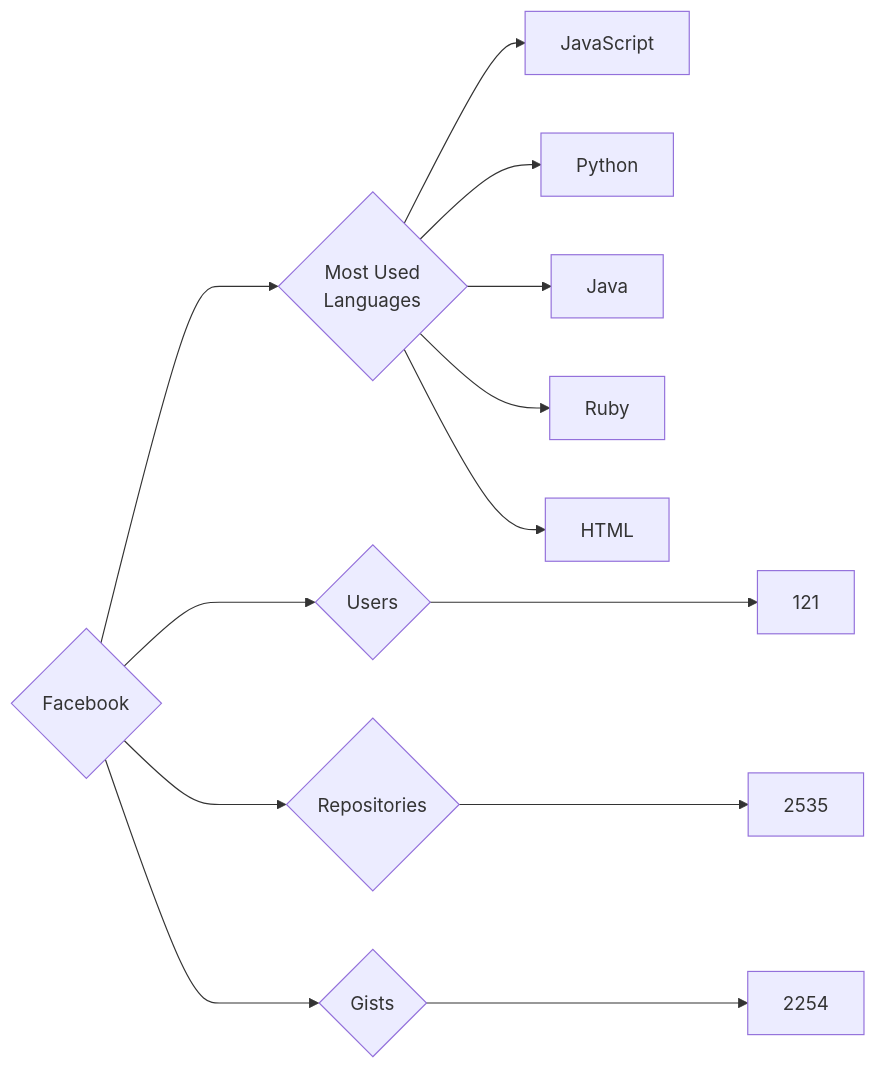
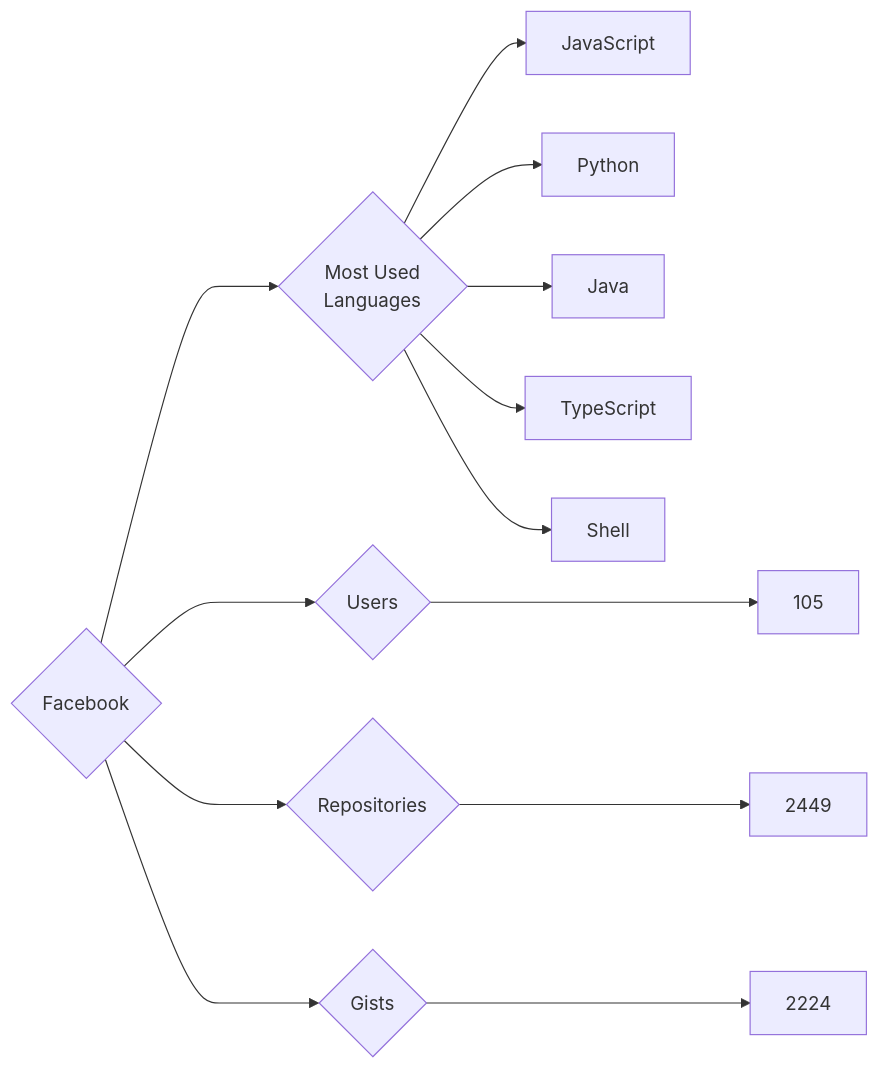
The diagram in targets/Facebook/README.md (trickest/insiders), drawn with Mermaid before and after one commit. The commit also changed 925 other files, not shown here.

````diff
--- a/targets/Facebook/README.md
+++ b/targets/Facebook/README.md
@@ -3,13 +3,13 @@
 ```mermaid
 graph LR
 COMPANY_NAME{Facebook}
-COMPANY_NAME ---> U{Users} ---> UN[121]
-COMPANY_NAME ---> R{Repositories} ---> RN[2535]
-COMPANY_NAME ---> G{Gists} ---> GN[2254]
+COMPANY_NAME ---> U{Users} ---> UN[105]
+COMPANY_NAME ---> R{Repositories} ---> RN[2449]
+COMPANY_NAME ---> G{Gists} ---> GN[2224]
 COMPANY_NAME ---> ML{Most Used<br>Languages}
 ML --> JavaScript[JavaScript]
 ML --> Python[Python]
 ML --> Java[Java]
-ML --> Ruby[Ruby]
-ML --> HTML[HTML]
+ML --> TypeScript[TypeScript]
+ML --> Shell[Shell]
 ```
````
